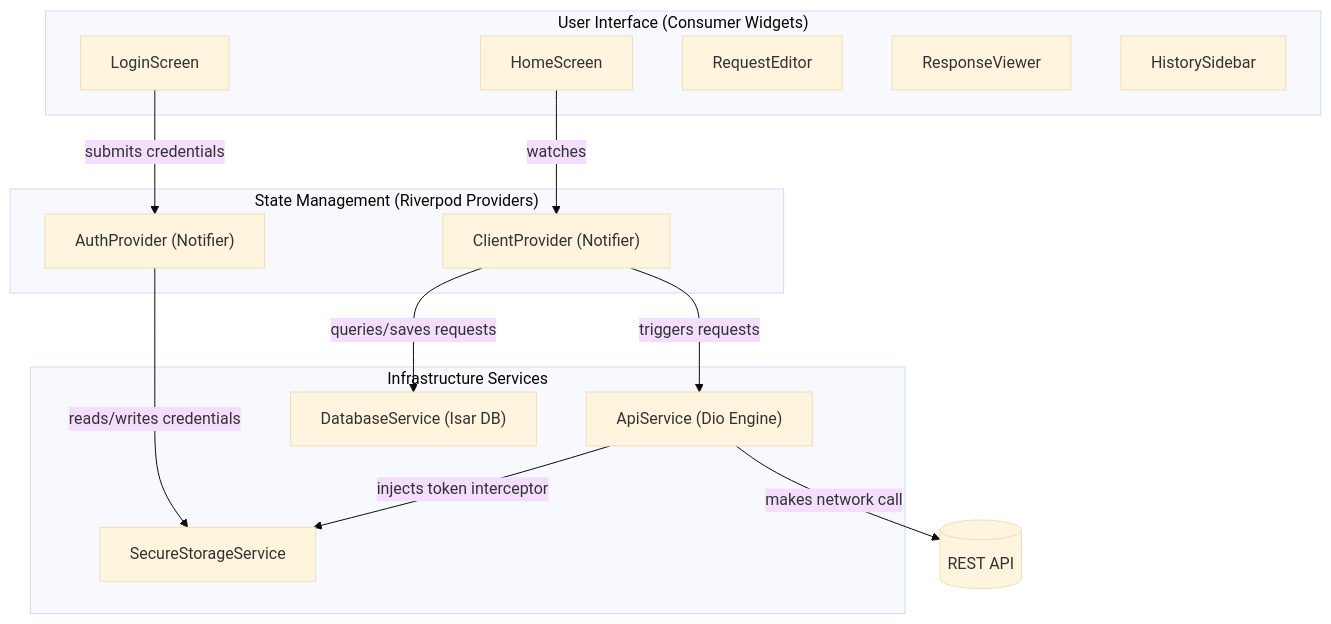
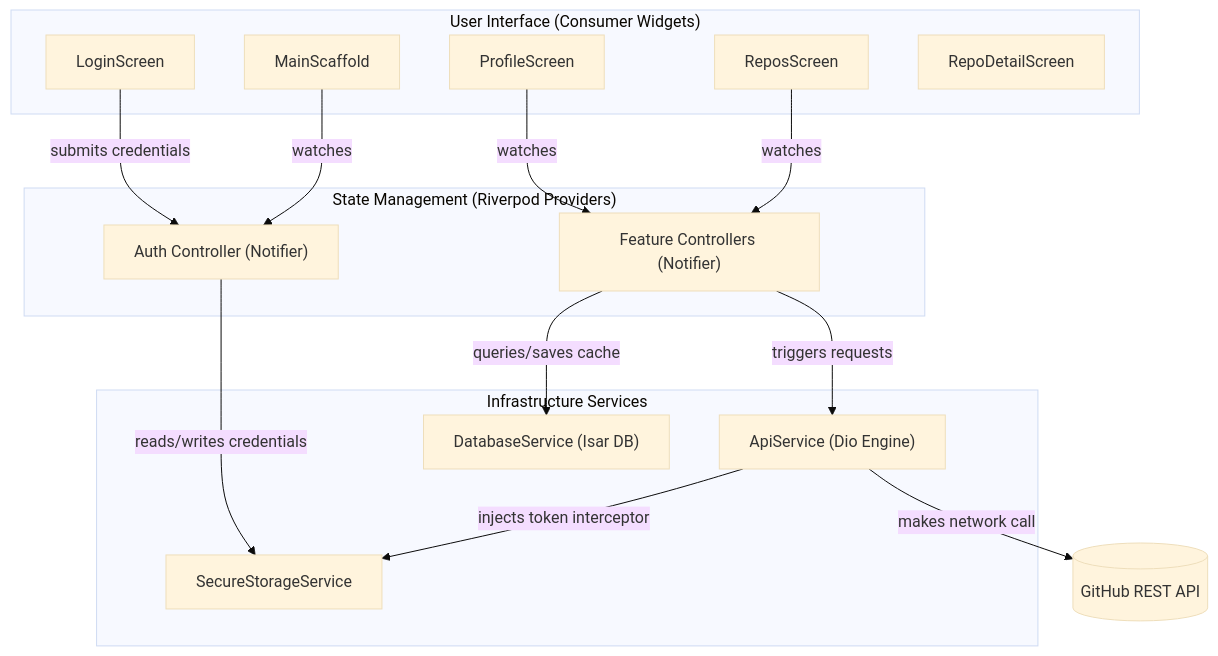
Before and after one commit to sahilyadav-01/Open-Source-API-Client: the diagram in README.md, drawn with Mermaid (base theme). The commit also changed other lines of this file, not shown here.

Commit message:
docs: rename project to Advanced GitHub API Client and update architecture documentation

````diff
--- a/README.md
+++ b/README.md
@@ -15,29 +15,31 @@
 ```mermaid
 flowchart TD
     subgraph UI ["User Interface (Consumer Widgets)"]
         LS["LoginScreen"]
-        HS["HomeScreen"]
-        RE["RequestEditor"]
-        RV["ResponseViewer"]
-        HSB["HistorySidebar"]
+        MS["MainScaffold"]
+        PS["ProfileScreen"]
+        RS["ReposScreen"]
+        RDS["RepoDetailScreen"]
     end
 
     subgraph State ["State Management (Riverpod Providers)"]
-        AP["AuthProvider (Notifier)"]
-        CP["ClientProvider (Notifier)"]
+        AP["Auth Controller (Notifier)"]
+        CP["Feature Controllers (Notifier)"]
     end
 
     subgraph Service ["Infrastructure Services"]
         SS["SecureStorageService"]
         DB["DatabaseService (Isar DB)"]
         API["ApiService (Dio Engine)"]
     end
 
-    HS -->|watches| CP
+    MS -->|watches| AP
+    PS -->|watches| CP
+    RS -->|watches| CP
     LS -->|submits credentials| AP
     AP -->|reads/writes credentials| SS
-    CP -->|queries/saves requests| DB
+    CP -->|queries/saves cache| DB
     CP -->|triggers requests| API
     API -->|injects token interceptor| SS
-    API -->|makes network call| External[("REST API")]
+    API -->|makes network call| External[("GitHub REST API")]
 ```
````
